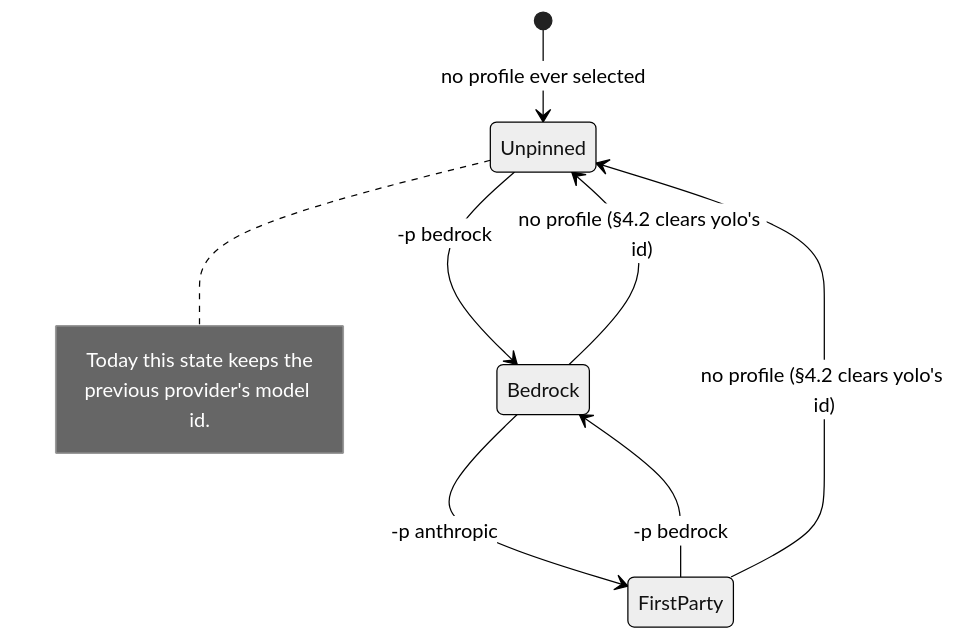
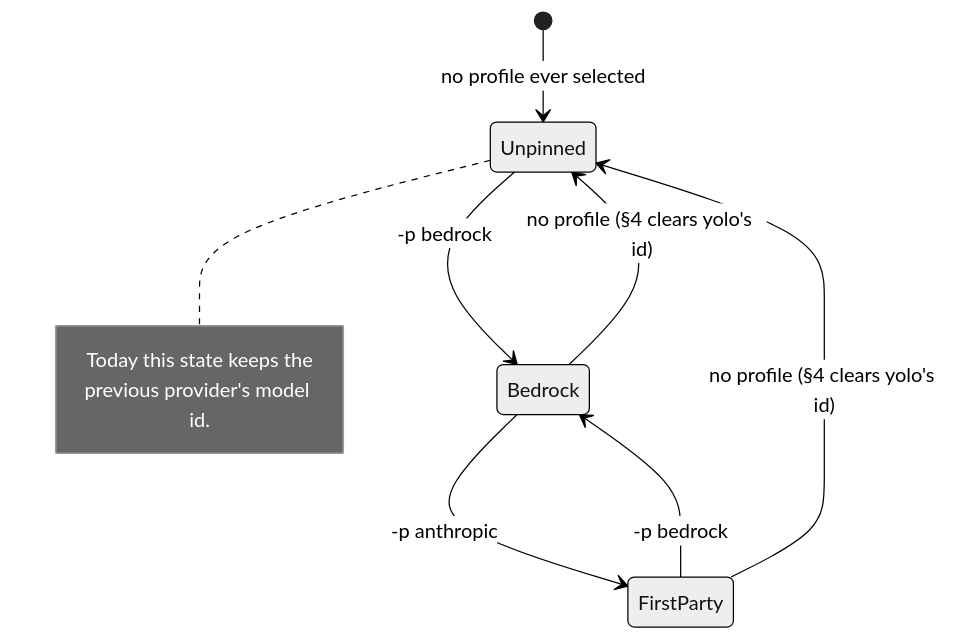
The diagram in docs/design/provider-switching.md (mschulkind-oss/yolo-jail), drawn with Mermaid (neutral theme) before and after one commit. The commit also changed other lines of this file and 17 other files, not shown here.

````diff
--- a/docs/design/provider-switching.md
+++ b/docs/design/provider-switching.md
@@ -227,13 +191,13 @@
 ```mermaid
 stateDiagram-v2
     [*] --> Unpinned: no profile ever selected
     Unpinned --> Bedrock: -p bedrock
     Bedrock --> FirstParty: -p anthropic
     FirstParty --> Bedrock: -p bedrock
-    Bedrock --> Unpinned: no profile (§4.2 clears yolo's id)
-    FirstParty --> Unpinned: no profile (§4.2 clears yolo's id)
+    Bedrock --> Unpinned: no profile (§4 clears yolo's id)
+    FirstParty --> Unpinned: no profile (§4 clears yolo's id)
     note right of Unpinned
         Today this state keeps the
         previous provider's model id.
     end note
 ```
````
